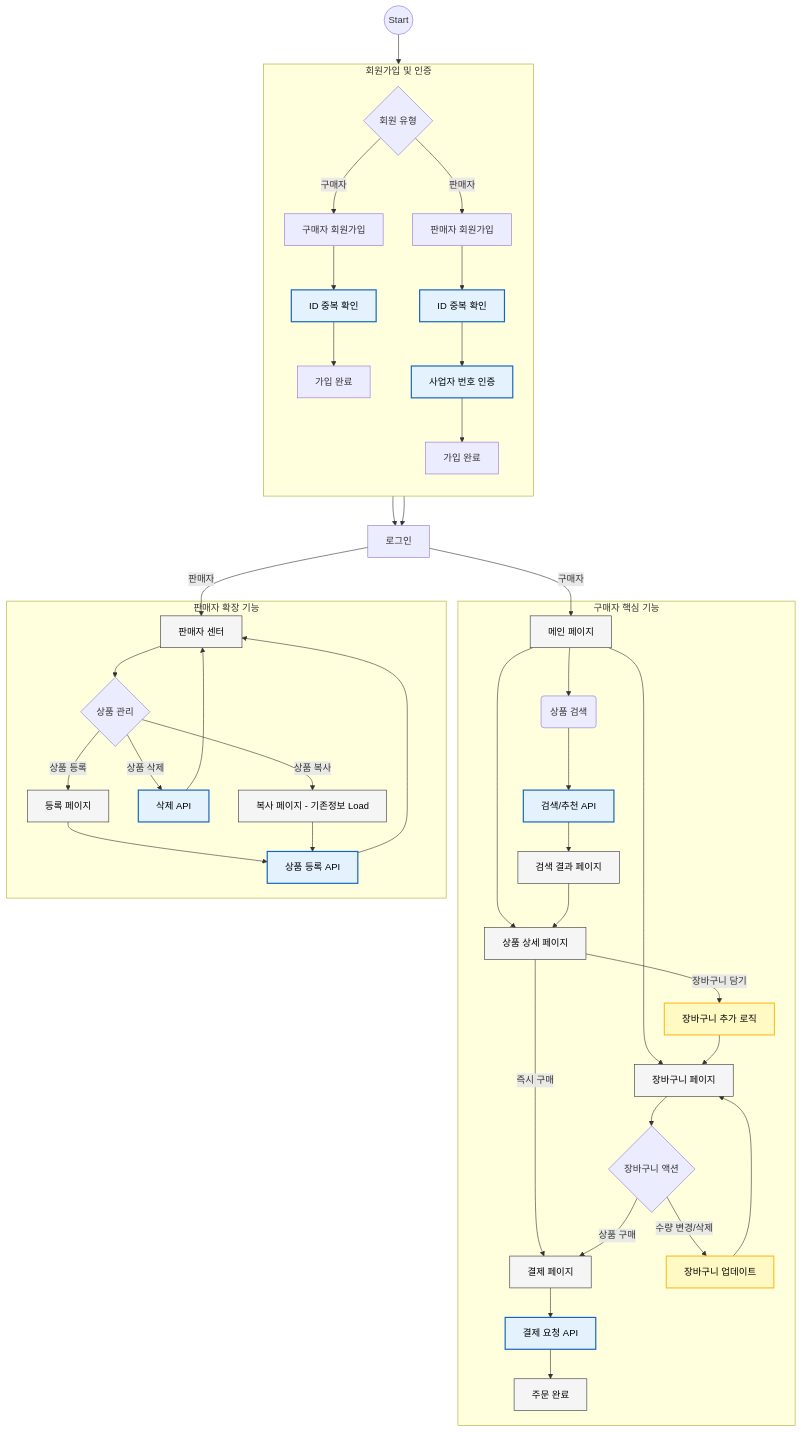
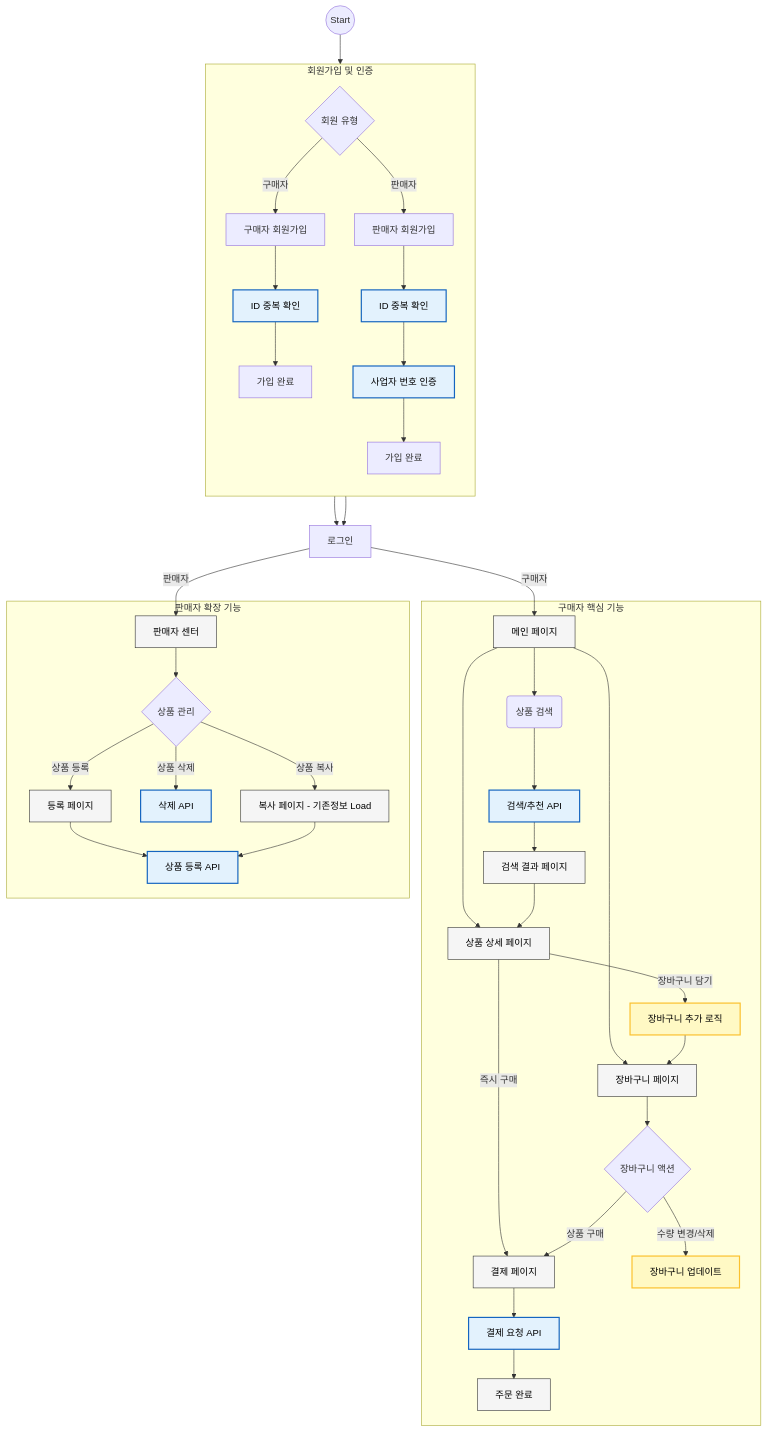
The first of 2 diagrams in README.md (DongmyeongBack/openMarket), drawn with Mermaid before and after one commit.

Commit message:
불필요한 화살표 제거

````diff
--- a/README.md
+++ b/README.md
@@ -8,73 +8,73 @@
 ```mermaid
         flowchart TD
         %% 스타일 정의
         classDef api fill:#e3f2fd,stroke:#1565c0,stroke-width:2px,color:black;
         classDef logic fill:#fff9c4,stroke:#fbc02d,stroke-width:2px,color:black;
         classDef page fill:#f5f5f5,stroke:#333,stroke-width:1px,color:black;
 
         Start((Start)) --> Choice{회원 유형}
 
         %% 1. 인증 프로세스
         subgraph Auth_Process [회원가입 및 인증]
             direction TB
             Choice -- 구매자 --> B_Join[구매자 회원가입]
             Choice -- 판매자 --> S_Join[판매자 회원가입]
             
             B_Join --> ID_Check1[ID 중복 확인]:::api
             S_Join --> ID_Check2[ID 중복 확인]:::api
             
             ID_Check1 --> B_Valid[가입 완료]
             
             ID_Check2 --> Biz_Check[사업자 번호 인증]:::api
             Biz_Check --> S_Valid[가입 완료]
         end
 
         %% 로그인 후 분기
         B_Valid --> Login[로그인]
         S_Valid --> Login
         Login -- 구매자 --> Main[메인 페이지]:::page
         Login -- 판매자 --> SellerCenter[판매자 센터]:::page
 
         %% 2. 구매자 핵심 기능
         subgraph Buyer_Features [구매자 핵심 기능]
             %% 메인 및 검색
             Main --> Search(상품 검색)
             Search --> SearchAPI[검색/추천 API]:::api
             SearchAPI --> SearchResult[검색 결과 페이지]:::page
             
             %% 메인 -> 이동 경로
             Main --> Cart[장바구니 페이지]:::page
             Main --> ProdDetail[상품 상세 페이지]:::page
             SearchResult --> ProdDetail
 
             %% 상품 상세 로직
             ProdDetail -- 즉시 구매 --> PayPage[결제 페이지]:::page
             ProdDetail -- 장바구니 담기 --> AddCartLogic[장바구니 추가 로직]:::logic
             AddCartLogic --> Cart
 
             %% 장바구니 기능
             Cart --> CartAction{장바구니 액션}
             CartAction -- 수량 변경/삭제 --> UpdateCart[장바구니 업데이트]:::logic
-            UpdateCart --> Cart
+            UpdateCart
             CartAction -- 상품 구매 --> PayPage
 
             %% 결제
             PayPage --> DoPay[결제 요청 API]:::api
             DoPay --> OrderComplete[주문 완료]:::page
         end
 
         %% 3. 판매자 확장 기능
         subgraph Seller_Features [판매자 확장 기능]
             SellerCenter --> S_Action{상품 관리}
             
             S_Action -- 상품 등록 --> RegPage[등록 페이지]:::page
             RegPage --> RegAPI[상품 등록 API]:::api
-            RegAPI --> SellerCenter
+            RegAPI
 
             S_Action -- 상품 삭제 --> DelAPI[삭제 API]:::api
-            DelAPI --> SellerCenter
+            DelAPI
 
             S_Action -- 상품 복사 --> CopyPage[복사 페이지 - 기존정보 Load]:::page
             CopyPage --> RegAPI
         end
 ```
````
